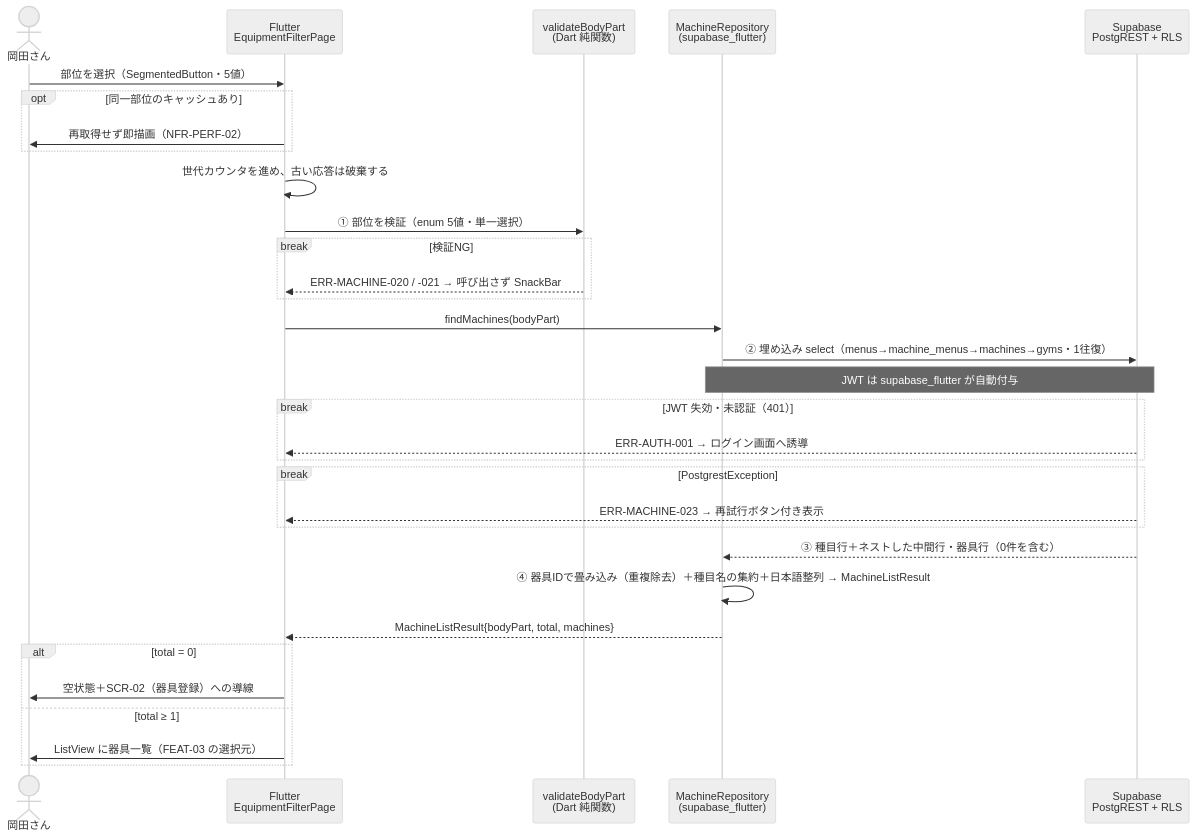
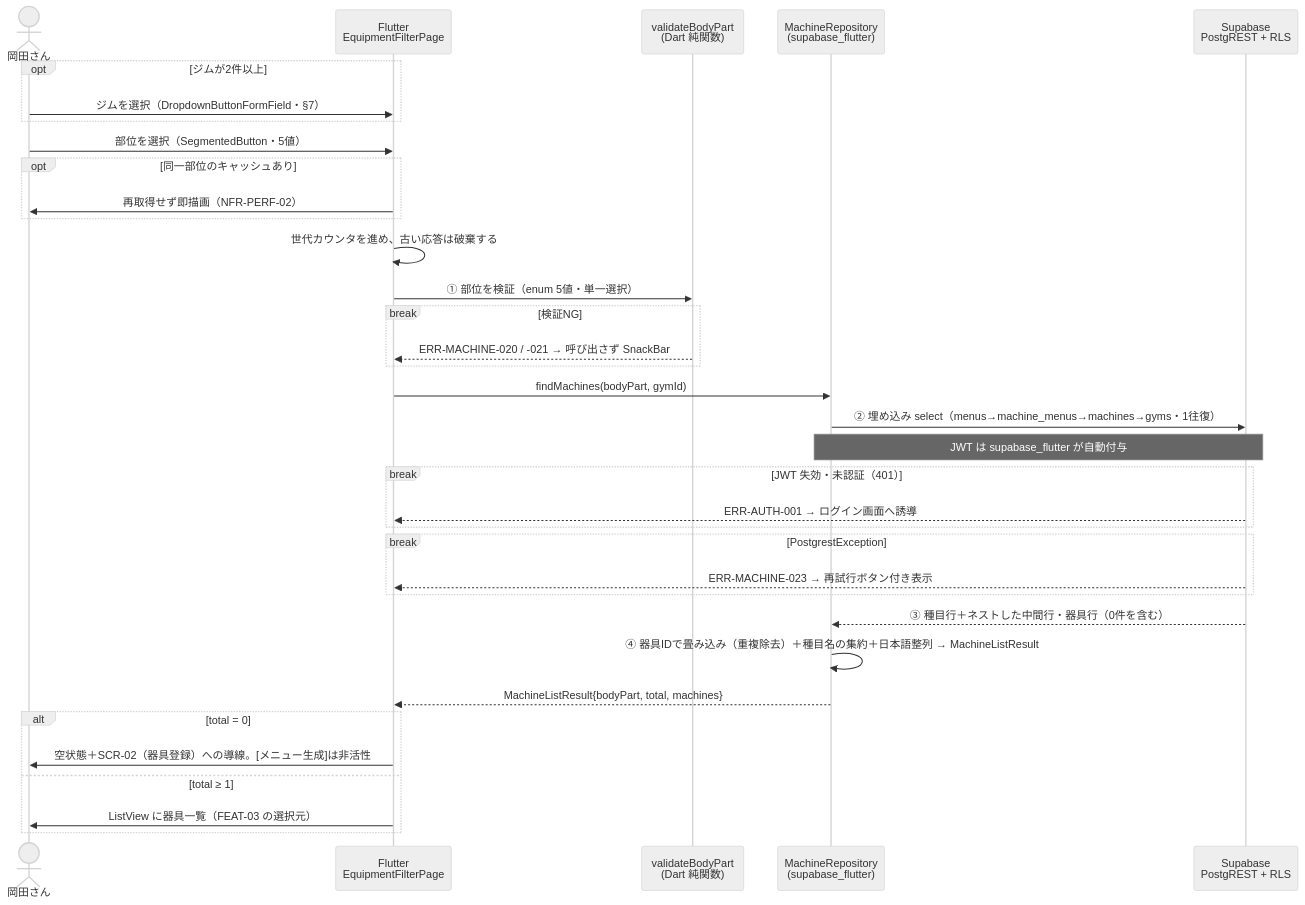
One commit to k-okada51/okada-fit changed the diagram in docs/02_設計/50_詳細設計/08_機能別詳細設計/FEAT-02_部位選択と器具絞り込み.md. Above: the diagram before and after it, drawn with Mermaid (neutral theme). The commit also changed other lines of this file and 20 other files, not shown here.

````diff
--- a/docs/02_設計/50_詳細設計/08_機能別詳細設計/FEAT-02_部位選択と器具絞り込み.md
+++ b/docs/02_設計/50_詳細設計/08_機能別詳細設計/FEAT-02_部位選択と器具絞り込み.md
@@ -64,35 +67,38 @@
 ```mermaid
 sequenceDiagram
   actor U as 岡田さん
   participant F as Flutter<br/>EquipmentFilterPage
   participant V as validateBodyPart<br/>(Dart 純関数)
   participant R as MachineRepository<br/>(supabase_flutter)
   participant P as Supabase<br/>PostgREST + RLS
 
+  opt ジムが2件以上
+    U->>F: ジムを選択（DropdownButtonFormField・§7）
+  end
   U->>F: 部位を選択（SegmentedButton・5値）
   opt 同一部位のキャッシュあり
     F->>U: 再取得せず即描画（NFR-PERF-02）
   end
   F->>F: 世代カウンタを進め、古い応答は破棄する
   F->>V: ① 部位を検証（enum 5値・単一選択）
   break 検証NG
     V-->>F: ERR-MACHINE-020 / -021 → 呼び出さず SnackBar
   end
-  F->>R: findMachines(bodyPart)
+  F->>R: findMachines(bodyPart, gymId)
   R->>P: ② 埋め込み select（menus→machine_menus→machines→gyms・1往復）
   Note over R,P: JWT は supabase_flutter が自動付与
   break JWT 失効・未認証（401）
     P-->>F: ERR-AUTH-001 → ログイン画面へ誘導
   end
   break PostgrestException
     P-->>F: ERR-MACHINE-023 → 再試行ボタン付き表示
   end
   P-->>R: ③ 種目行＋ネストした中間行・器具行（0件を含む）
   R->>R: ④ 器具IDで畳み込み（重複除去）＋種目名の集約＋日本語整列 → MachineListResult
   R-->>F: MachineListResult{bodyPart, total, machines}
   alt total = 0
-    F->>U: 空状態＋SCR-02（器具登録）への導線
+    F->>U: 空状態＋SCR-02（器具登録）への導線。[メニュー生成]は非活性
   else total ≥ 1
     F->>U: ListView に器具一覧（FEAT-03 の選択元）
   end
 ```
````
